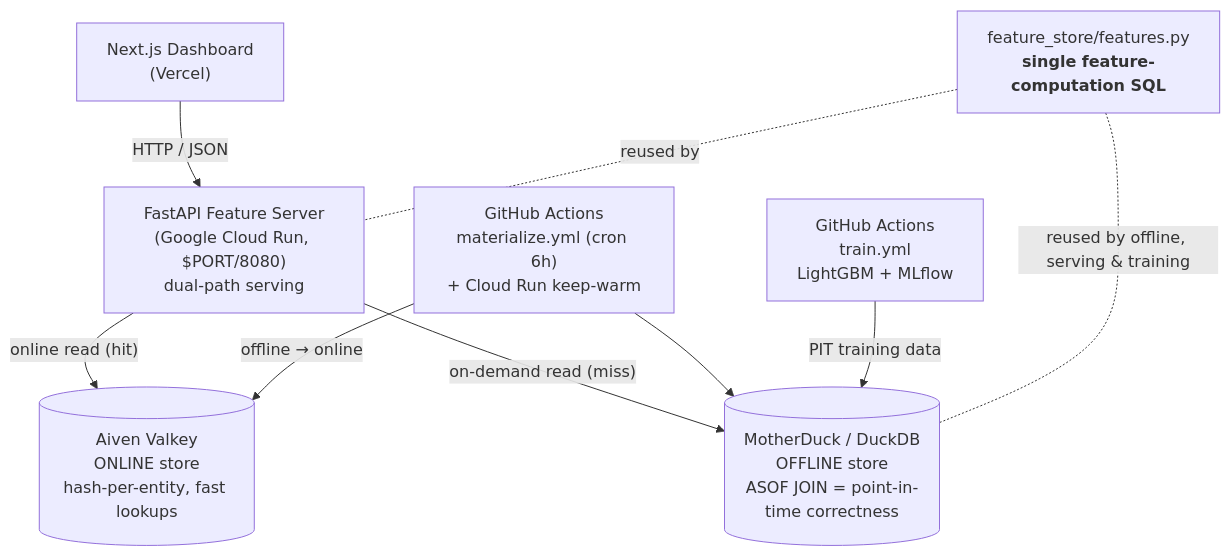
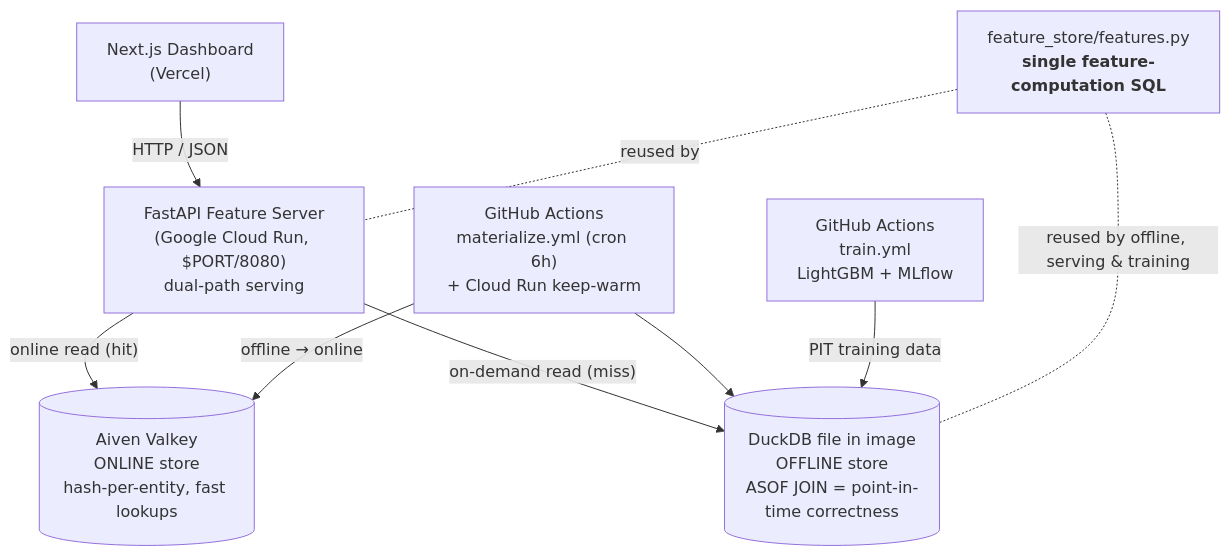
One commit to shiva-shivanibokka/ML-System-Design-Feature-Store changed the diagram in README.md. Above: the diagram before and after it, drawn with Mermaid. The commit also changed other lines of this file and 7 other files, not shown here.

````diff
--- a/README.md
+++ b/README.md
@@ -24,19 +24,19 @@
 ```mermaid
 flowchart TB
     UI["Next.js Dashboard<br/>(Vercel)"]
     FS["FastAPI Feature Server<br/>(Google Cloud Run, $PORT/8080)<br/>dual-path serving"]
     FEAT["feature_store/features.py<br/><b>single feature-computation SQL</b>"]
-    MD[("MotherDuck / DuckDB<br/>OFFLINE store<br/>ASOF JOIN = point-in-time correctness")]
+    MD[("DuckDB file in image<br/>OFFLINE store<br/>ASOF JOIN = point-in-time correctness")]
     VK[("Aiven Valkey<br/>ONLINE store<br/>hash-per-entity, fast lookups")]
     MAT["GitHub Actions<br/>materialize.yml (cron 6h)<br/>+ Cloud Run keep-warm"]
     TR["GitHub Actions<br/>train.yml<br/>LightGBM + MLflow"]
 
     UI -- "HTTP / JSON" --> FS
     FS -- "online read (hit)" --> VK
     FS -- "on-demand read (miss)" --> MD
     MAT -- "offline → online" --> VK
     MAT --> MD
     TR -- "PIT training data" --> MD
     FEAT -. "reused by offline, serving & training" .- MD
     FEAT -. "reused by" .- FS
 ```
````
